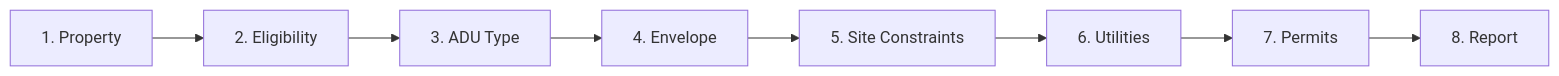
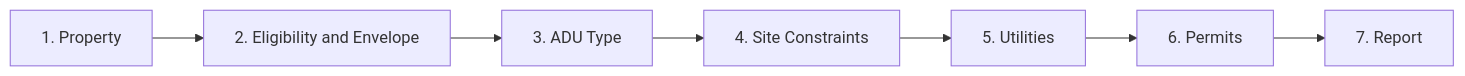
One commit to szhao11/ADU-Feasibility-Analyzer changed the first of 2 diagrams in plan.md. Above: the diagram before and after it, drawn with Mermaid. The commit also changed other lines of this file and 35 other files, not shown here.

First line of the commit message:
Ship app shell UX, combined eligibility/envelope step, and expanded GIS screening.

````diff
--- a/plan.md
+++ b/plan.md
@@ -42,10 +42,9 @@
 ```mermaid
 flowchart LR
-    S1[1. Property] --> S2[2. Eligibility]
+    S1[1. Property] --> S2[2. Eligibility and Envelope]
     S2 --> S3[3. ADU Type]
-    S3 --> S4[4. Envelope]
-    S4 --> S5[5. Site Constraints]
-    S5 --> S6[6. Utilities]
-    S6 --> S7[7. Permits]
-    S7 --> S8[8. Report]
+    S3 --> S4[4. Site Constraints]
+    S4 --> S5[5. Utilities]
+    S5 --> S6[6. Permits]
+    S6 --> S7[7. Report]
 ```
````
